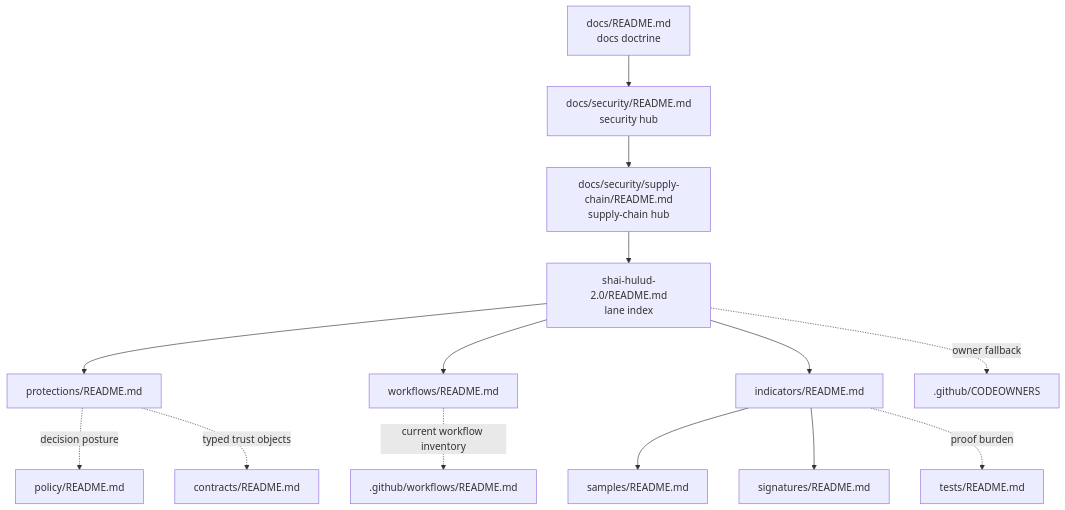
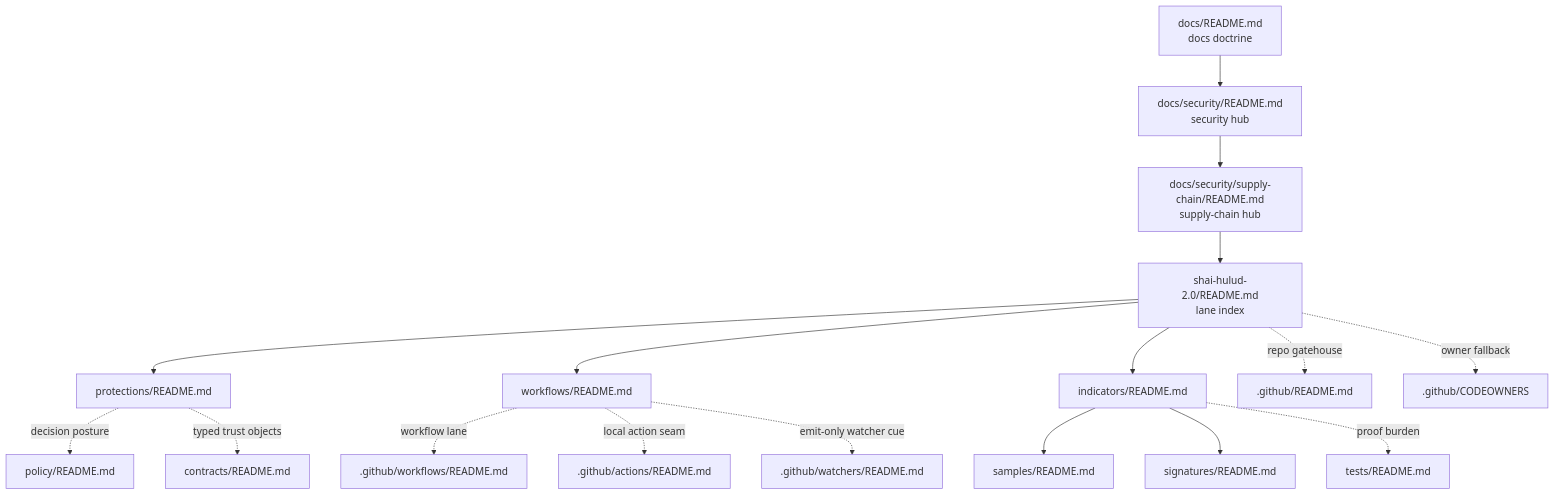
Before and after one commit to bartytime4life/Kansas-Frontier-Matrix: the diagram in docs/security/supply-chain/shai-hulud-2.0/README.md, drawn with Mermaid. The commit also changed other lines of this file, not shown here.

````diff
--- a/docs/security/supply-chain/shai-hulud-2.0/README.md
+++ b/docs/security/supply-chain/shai-hulud-2.0/README.md
@@ -195,18 +232,21 @@
 ```mermaid
 flowchart TB
   DOCS["docs/README.md<br/>docs doctrine"] --> SEC["docs/security/README.md<br/>security hub"]
   SEC --> SUPPLY["docs/security/supply-chain/README.md<br/>supply-chain hub"]
   SUPPLY --> SH["shai-hulud-2.0/README.md<br/>lane index"]
 
   SH --> P["protections/README.md"]
   SH --> W["workflows/README.md"]
   SH --> I["indicators/README.md"]
   I --> S["samples/README.md"]
   I --> G["signatures/README.md"]
 
+  SH -. repo gatehouse .-> GH[".github/README.md"]
   SH -. owner fallback .-> CO[".github/CODEOWNERS"]
-  W -. current workflow inventory .-> WF[".github/workflows/README.md"]
+  W -. workflow lane .-> WF[".github/workflows/README.md"]
+  W -. local action seam .-> ACT[".github/actions/README.md"]
+  W -. emit-only watcher cue .-> WATCH[".github/watchers/README.md"]
   P -. decision posture .-> POL["policy/README.md"]
   P -. typed trust objects .-> C["contracts/README.md"]
   I -. proof burden .-> T["tests/README.md"]
 ```
````
